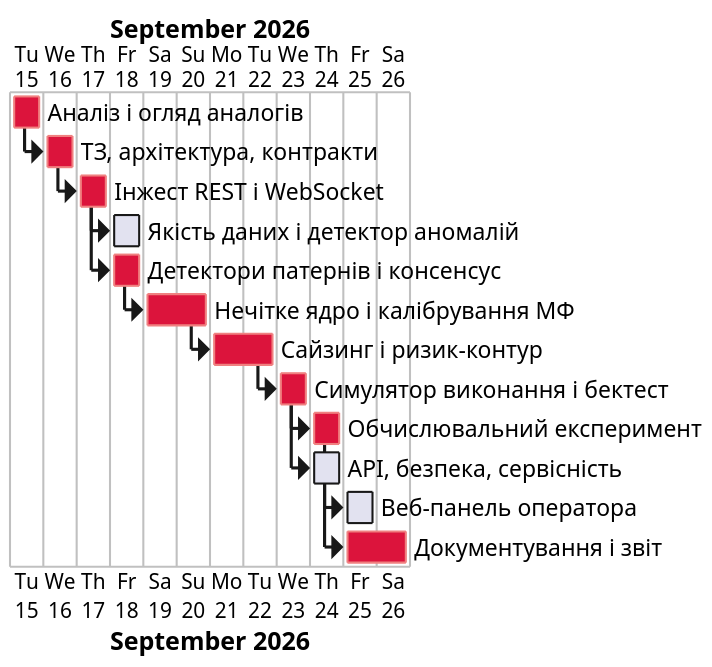
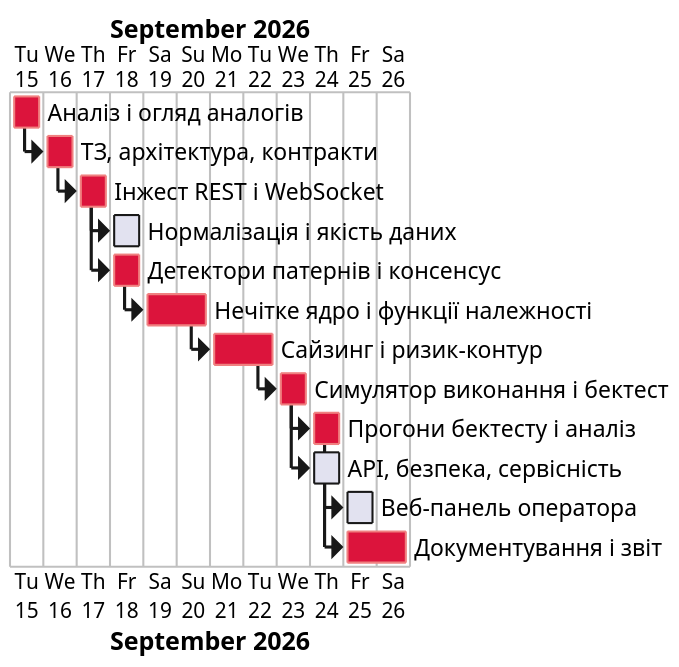
The diagram in docs/diagrams/gantt.puml (AndrZhuk/FuzzHelm), drawn with PlantUML before and after one commit. The commit also changed 11 other files, not shown here.

Commit message:
Diagrams: plan and components follow the simplified scope

```diff
--- a/docs/diagrams/gantt.puml
+++ b/docs/diagrams/gantt.puml
@@ -1,46 +1,46 @@
 @startgantt
 ' Календарний план-графік виконання робіт (плановий) — звіт §1.6.
 ' Найменування: docs/diagrams/gantt.puml
-' Призначення: планові тривалості й залежності пакетів робіт; фактичні дати комітів —
-'     у docs/journal.md і в таблиці «Фактична хронологія» документа docs/teo/cost_estimate.md.
+' Призначення: планові тривалості й залежності пакетів робіт; фактичні дати —
+'     в історії комітів репозиторію.
 ' Автор: Андрій Жук, 2026.
 printscale daily
 skinparam dpi 200
 Project starts 2026-09-15
 
 [Аналіз і огляд аналогів] lasts 1 day
 [ТЗ, архітектура, контракти] lasts 1 day
 [Інжест REST і WebSocket] lasts 1 day
-[Якість даних і детектор аномалій] lasts 1 day
+[Нормалізація і якість даних] lasts 1 day
 [Детектори патернів і консенсус] lasts 1 day
-[Нечітке ядро і калібрування МФ] lasts 2 days
+[Нечітке ядро і функції належності] lasts 2 days
 [Сайзинг і ризик-контур] lasts 2 days
 [Симулятор виконання і бектест] lasts 1 day
-[Обчислювальний експеримент] lasts 1 day
+[Прогони бектесту і аналіз] lasts 1 day
 [API, безпека, сервісність] lasts 1 day
 [Веб-панель оператора] lasts 1 day
 [Документування і звіт] lasts 2 days
 
 [ТЗ, архітектура, контракти] starts at [Аналіз і огляд аналогів]'s end
 [Інжест REST і WebSocket] starts at [ТЗ, архітектура, контракти]'s end
-[Якість даних і детектор аномалій] starts at [Інжест REST і WebSocket]'s end
+[Нормалізація і якість даних] starts at [Інжест REST і WebSocket]'s end
 [Детектори патернів і консенсус] starts at [Інжест REST і WebSocket]'s end
-[Нечітке ядро і калібрування МФ] starts at [Детектори патернів і консенсус]'s end
-[Сайзинг і ризик-контур] starts at [Нечітке ядро і калібрування МФ]'s end
+[Нечітке ядро і функції належності] starts at [Детектори патернів і консенсус]'s end
+[Сайзинг і ризик-контур] starts at [Нечітке ядро і функції належності]'s end
 [Симулятор виконання і бектест] starts at [Сайзинг і ризик-контур]'s end
-[Обчислювальний експеримент] starts at [Симулятор виконання і бектест]'s end
+[Прогони бектесту і аналіз] starts at [Симулятор виконання і бектест]'s end
 [API, безпека, сервісність] starts at [Симулятор виконання і бектест]'s end
 [Веб-панель оператора] starts at [API, безпека, сервісність]'s end
-[Документування і звіт] starts at [Обчислювальний експеримент]'s end
+[Документування і звіт] starts at [Прогони бектесту і аналіз]'s end
 
 ' Критичний шлях позначено кольором
 [Аналіз і огляд аналогів] is colored in Crimson/LightCoral
 [ТЗ, архітектура, контракти] is colored in Crimson/LightCoral
 [Інжест REST і WebSocket] is colored in Crimson/LightCoral
 [Детектори патернів і консенсус] is colored in Crimson/LightCoral
-[Нечітке ядро і калібрування МФ] is colored in Crimson/LightCoral
+[Нечітке ядро і функції належності] is colored in Crimson/LightCoral
 [Сайзинг і ризик-контур] is colored in Crimson/LightCoral
 [Симулятор виконання і бектест] is colored in Crimson/LightCoral
-[Обчислювальний експеримент] is colored in Crimson/LightCoral
+[Прогони бектесту і аналіз] is colored in Crimson/LightCoral
 [Документування і звіт] is colored in Crimson/LightCoral
 @endgantt
```
